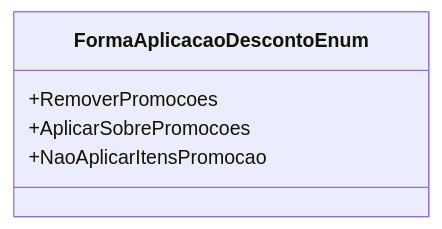
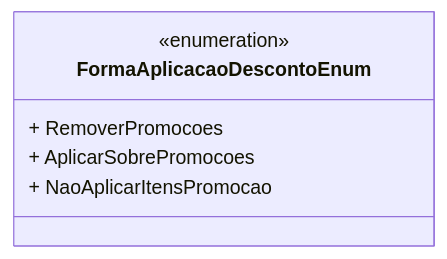
The diagram in docs/b2b-dominio/IsthmusWinthor.Nucleo/IsthmusWinthor.Dominio/Enumeradores/FormaAplicacaoDescontoEnum.md (IsthmusSistemas/documentacao-tecnica), drawn with Mermaid before and after one commit. The commit also changed other lines of this file and 882 other files, not shown here.

````diff
--- a/docs/b2b-dominio/IsthmusWinthor.Nucleo/IsthmusWinthor.Dominio/Enumeradores/FormaAplicacaoDescontoEnum.md
+++ b/docs/b2b-dominio/IsthmusWinthor.Nucleo/IsthmusWinthor.Dominio/Enumeradores/FormaAplicacaoDescontoEnum.md
@@ -11,8 +11,9 @@
 ```mermaid
 classDiagram
     class FormaAplicacaoDescontoEnum {
-        +RemoverPromocoes
-        +AplicarSobrePromocoes
-        +NaoAplicarItensPromocao
+        <<enumeration>>
+        + RemoverPromocoes
+        + AplicarSobrePromocoes
+        + NaoAplicarItensPromocao
     }
 ```
````
